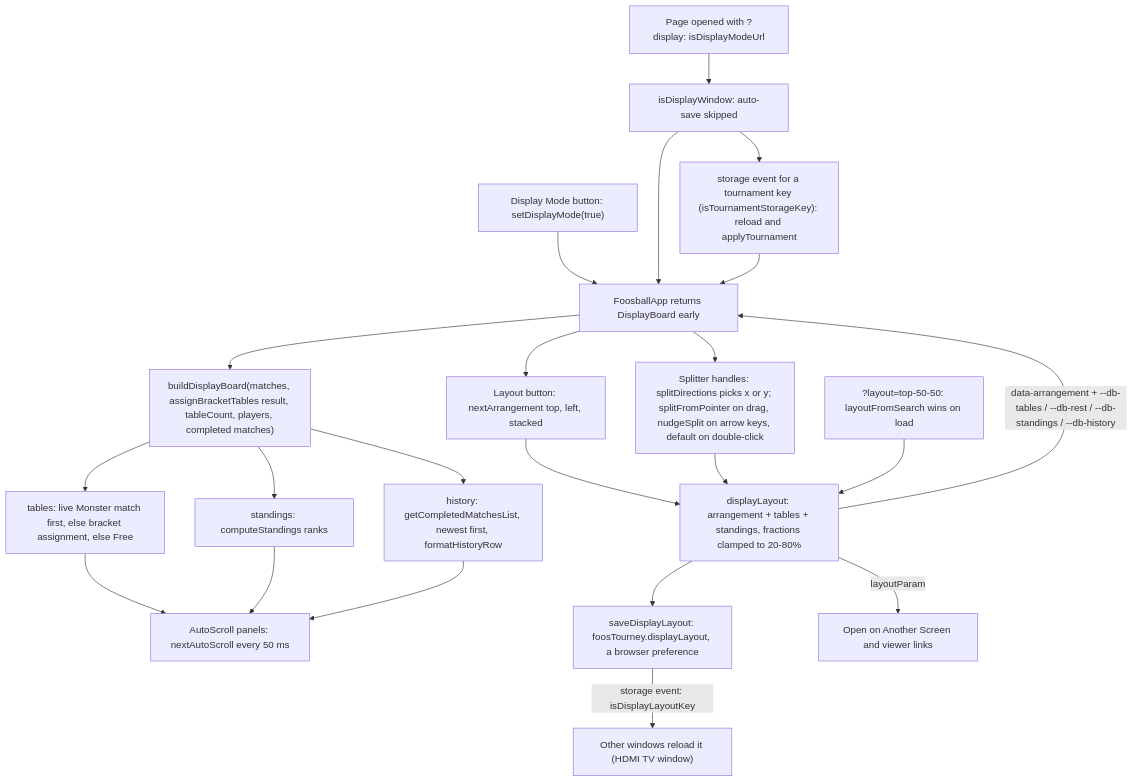
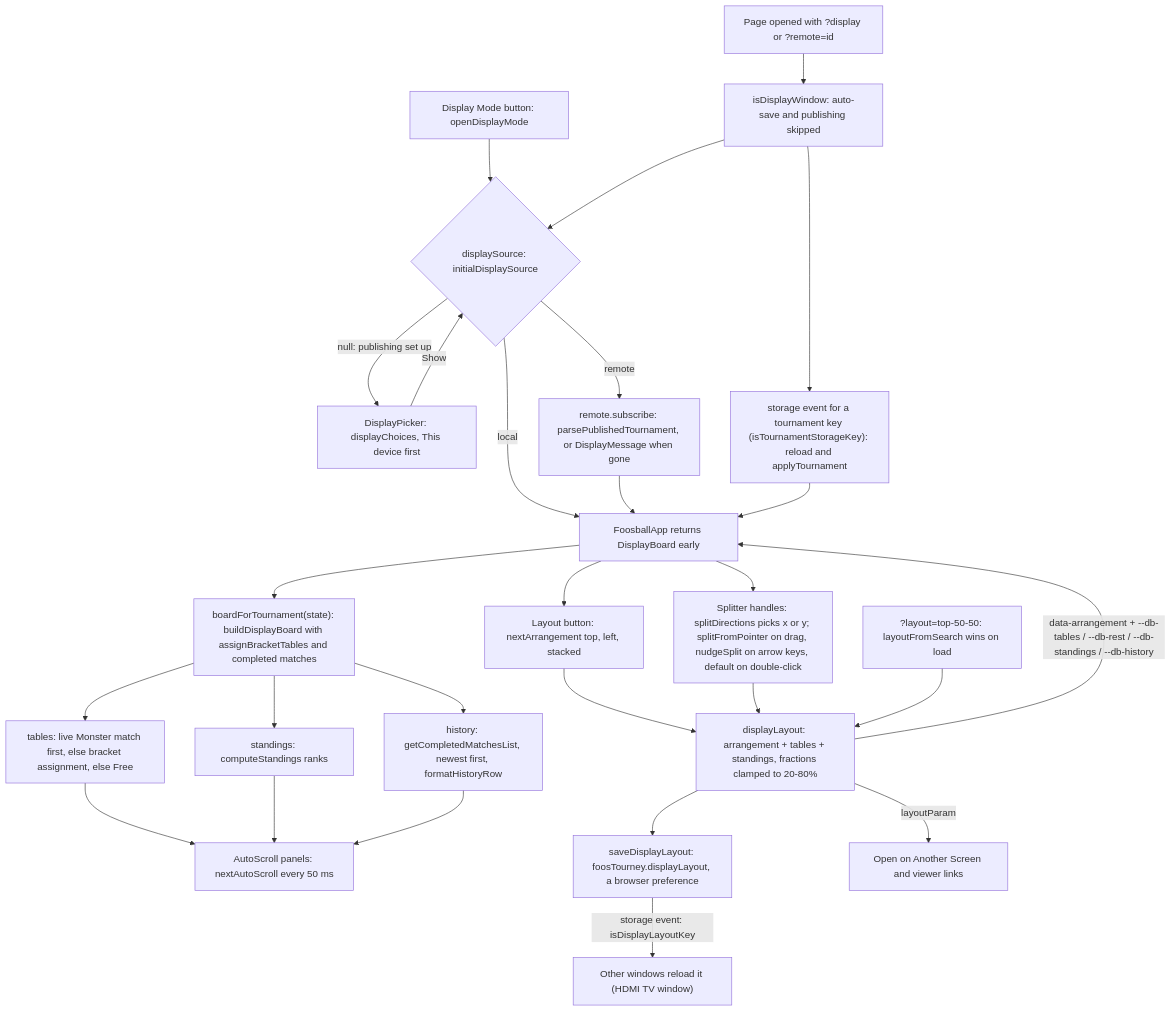
Before and after one commit to DT209/foos-tourney: diagram 11 of 12 in .claude/Flow.md, drawn with Mermaid. The commit also changed other lines of this file and 2 other files, not shown here.

First line of the commit message:
Docs: bring README, CLAUDE.md, Flow.md and diagrams up to date

````diff
--- a/.claude/Flow.md
+++ b/.claude/Flow.md
@@ -230,24 +249,29 @@
 ```mermaid
 flowchart TD
-    BTN["Display Mode button: setDisplayMode(true)"] --> RENDER
-    URL["Page opened with ?display: isDisplayModeUrl"] --> DW["isDisplayWindow: auto-save skipped"]
-    DW --> RENDER["FoosballApp returns DisplayBoard early"]
-    RENDER --> BB["buildDisplayBoard(matches, assignBracketTables result, tableCount, players, completed matches)"]
+    BTN["Display Mode button: openDisplayMode"] --> SRC
+    URL["Page opened with ?display or ?remote=id"] --> DW["isDisplayWindow: auto-save and publishing skipped"]
+    DW --> SRC{"displaySource: initialDisplaySource"}
+    SRC -->|"null: publishing set up"| PK["DisplayPicker: displayChoices, This device first"]
+    PK -->|"Show"| SRC
+    SRC -->|"remote"| SUB["remote.subscribe: parsePublishedTournament, or DisplayMessage when gone"]
+    SRC -->|"local"| RENDER["FoosballApp returns DisplayBoard early"]
+    SUB --> RENDER
+    RENDER --> BB["boardForTournament(state): buildDisplayBoard with assignBracketTables and completed matches"]
     BB --> T["tables: live Monster match first, else bracket assignment, else Free"]
     BB --> S["standings: computeStandings ranks"]
     BB --> H["history: getCompletedMatchesList, newest first, formatHistoryRow"]
     T --> AS["AutoScroll panels: nextAutoScroll every 50 ms"]
     S --> AS
     H --> AS
     DW --> SE["storage event for a tournament key (isTournamentStorageKey): reload and applyTournament"]
     SE --> RENDER
     RENDER --> SP["Splitter handles: splitDirections picks x or y; splitFromPointer on drag, nudgeSplit on arrow keys, default on double-click"]
     RENDER --> LB["Layout button: nextArrangement top, left, stacked"]
     LB --> LY
     SP --> LY["displayLayout: arrangement + tables + standings, fractions clamped to 20-80%"]
     LY -->|"data-arrangement + --db-tables / --db-rest / --db-standings / --db-history"| RENDER
     LY --> SV["saveDisplayLayout: foosTourney.displayLayout, a browser preference"]
     SV -->|"storage event: isDisplayLayoutKey"| OW["Other windows reload it (HDMI TV window)"]
     URLL["?layout=top-50-50: layoutFromSearch wins on load"] --> LY
     LY -->|"layoutParam"| LINKS["Open on Another Screen and viewer links"]
 ```
````
